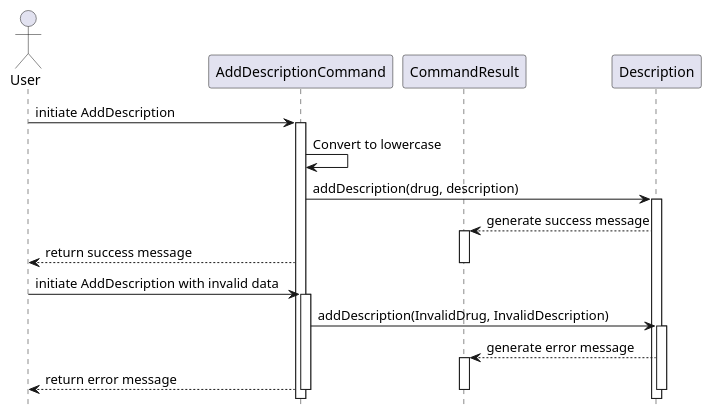
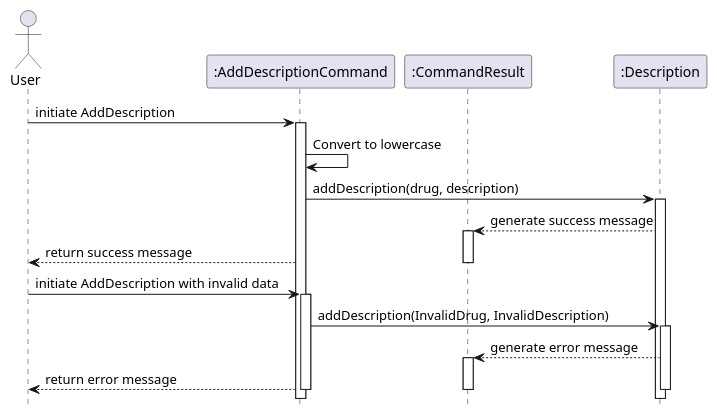
Before and after one commit to nus-cs2113-AY2324S1/tp: the diagram in docs/UML Diagrams/AddDescriptionDiagram.puml, drawn with PlantUML. The commit also changed 15 other files, not shown here.

```diff
--- a/docs/UML Diagrams/AddDescriptionDiagram.puml
+++ b/docs/UML Diagrams/AddDescriptionDiagram.puml
@@ -1,36 +1,38 @@
 @startuml
 
 hide footbox
 actor User
-participant AddDescriptionCommand
-participant CommandResult
+participant ":AddDescriptionCommand" as AddDescriptionCommand
+participant ":CommandResult" as CommandResult
+participant ":Description" as Description
+
 
 User -> AddDescriptionCommand: initiate AddDescription
 Activate AddDescriptionCommand
 
 AddDescriptionCommand -> AddDescriptionCommand : Convert to lowercase
 
 AddDescriptionCommand -> Description: addDescription(drug, description)
 Activate Description
 
 Description --> CommandResult: generate success message
 Activate CommandResult
 
 AddDescriptionCommand --> User: return success message
 Deactivate CommandResult
 
 User -> AddDescriptionCommand: initiate AddDescription with invalid data
 Activate AddDescriptionCommand
 
 AddDescriptionCommand -> Description: addDescription(InvalidDrug, InvalidDescription)
 Activate Description
 
 Description --> CommandResult: generate error message
 Activate CommandResult
 
 AddDescriptionCommand --> User: return error message
 Deactivate CommandResult
 
 Deactivate Description
 Deactivate AddDescriptionCommand
 @enduml
```
